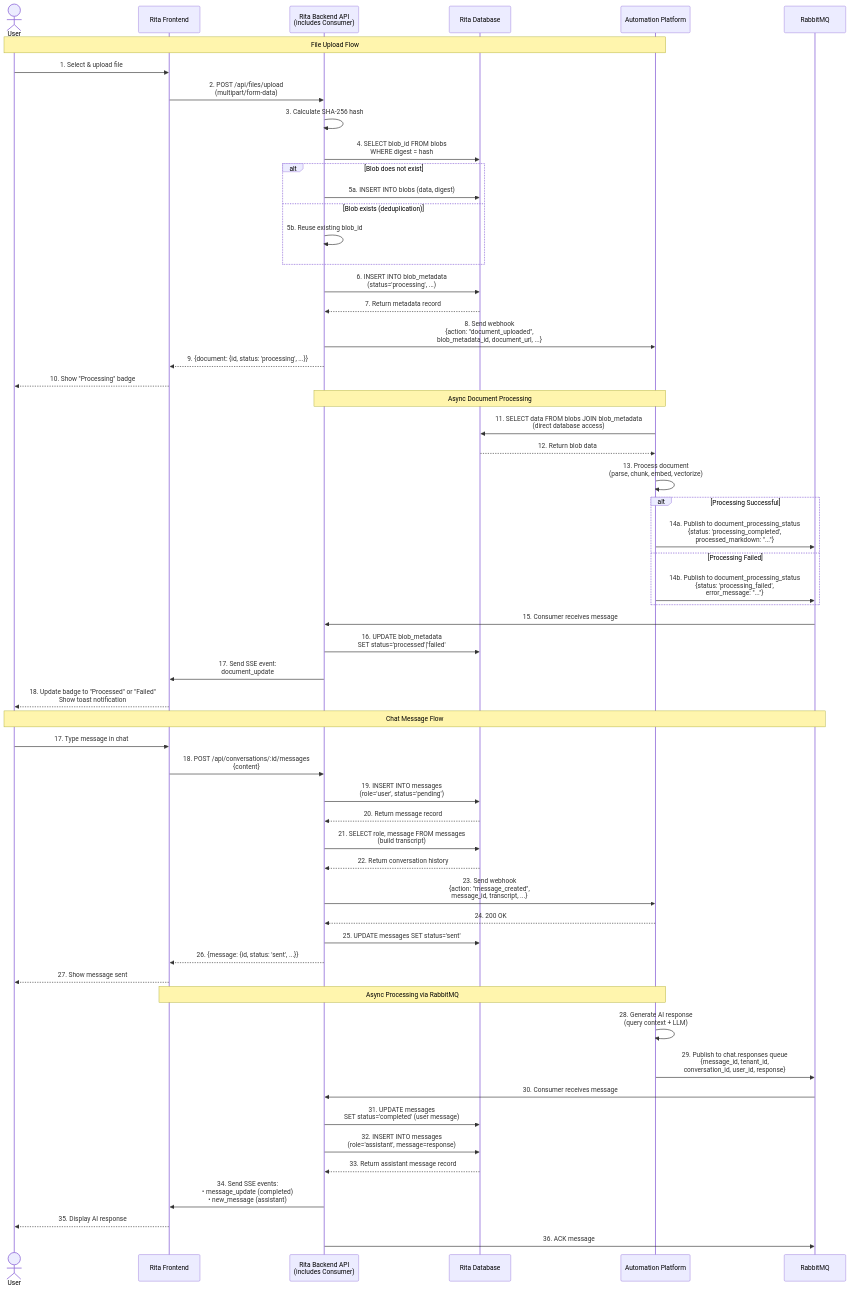
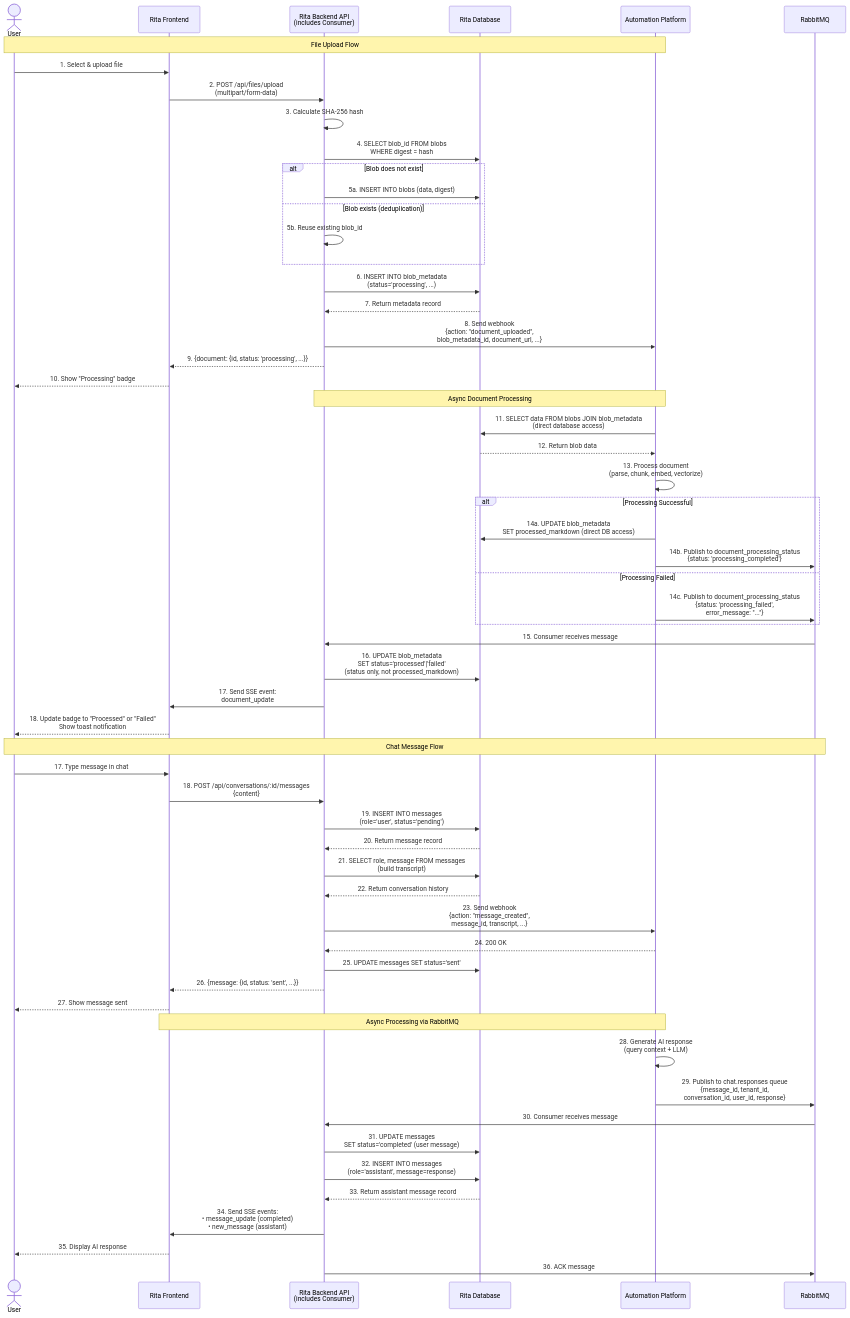
Before and after one commit to ewilhelmy-resolve/resolve-prototypes: the diagram in docs/file-upload-system.md, drawn with Mermaid. The commit also changed other lines of this file and 1 other file, not shown here.

Commit message:
refactor: remove processed_markdown update from consumer
External system updates processed_markdown directly in database.
Consumer now only updates status and clears error metadata.

```diff
--- a/docs/file-upload-system.md
+++ b/docs/file-upload-system.md
@@ -53,13 +53,14 @@
     Automation->>Automation: 13. Process document<br/>(parse, chunk, embed, vectorize)
 
     alt Processing Successful
-        Automation->>RabbitMQ: 14a. Publish to document_processing_status<br/>{status: 'processing_completed',<br/> processed_markdown: "..."}
+        Automation->>DB: 14a. UPDATE blob_metadata<br/>SET processed_markdown (direct DB access)
+        Automation->>RabbitMQ: 14b. Publish to document_processing_status<br/>{status: 'processing_completed'}
     else Processing Failed
-        Automation->>RabbitMQ: 14b. Publish to document_processing_status<br/>{status: 'processing_failed',<br/> error_message: "..."}
+        Automation->>RabbitMQ: 14c. Publish to document_processing_status<br/>{status: 'processing_failed',<br/> error_message: "..."}
     end
 
     RabbitMQ->>API: 15. Consumer receives message
-    API->>DB: 16. UPDATE blob_metadata<br/>SET status='processed'|'failed'
+    API->>DB: 16. UPDATE blob_metadata<br/>SET status='processed'|'failed'<br/>(status only, not processed_markdown)
     API->>Frontend: 17. Send SSE event:<br/>document_update
 
     Frontend-->>User: 18. Update badge to "Processed" or "Failed"<br/>Show toast notification
```
